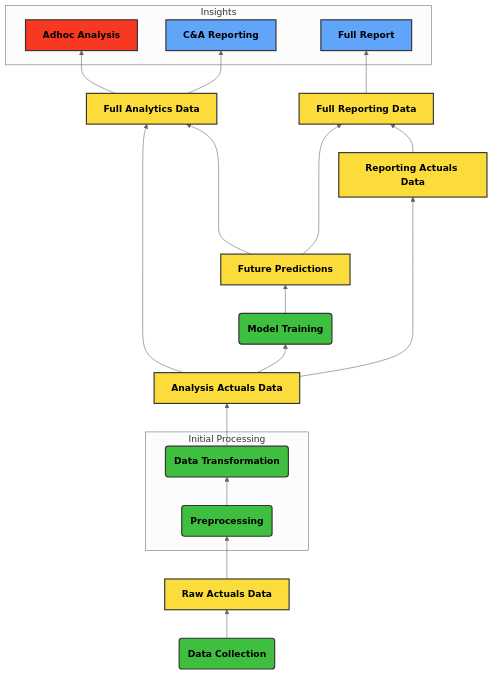
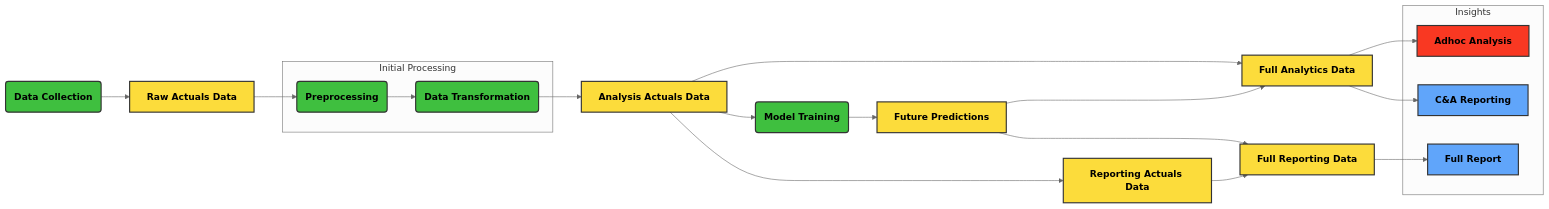
Before and after one commit to fredapires/fp-data-toolbox: the diagram in docs/diagrams/templates/mermaid_data_flow.md, drawn with Mermaid (neutral theme). The commit also changed 3 other files, not shown here.

````diff
--- a/docs/diagrams/templates/mermaid_data_flow.md
+++ b/docs/diagrams/templates/mermaid_data_flow.md
@@ -12,48 +12,48 @@
 ```mermaid
-graph BT;
+graph LR;
 %%%% Define Nodes
 subgraph insights [Insights]
     analyze_adhoc[Adhoc Analysis]:::analysis
     ca_reporting[C&A Reporting]:::reporting
     reporting_full[Full Report]:::reporting
 end
 
 analytics_data[Full Analytics Data]:::data_stored
 reporting_data[Full Reporting Data]:::data_stored
 reporting_actuals_data[Reporting Actuals Data]:::data_stored
 actuals_analysis[Analysis Actuals Data]:::data_stored
 prediction[Future Predictions]:::data_stored
 train(Model Training):::process
 
 subgraph initial_processing [Initial Processing]
     transform(Data Transformation):::process
     preprocess(Preprocessing):::process
 end
 actuals_raw[Raw Actuals Data]:::data_stored
 collect(Data Collection):::process
 
 %%%% Define connections
 actuals_analysis ----> reporting_actuals_data
 analytics_data --> ca_reporting
 analytics_data --> analyze_adhoc
 actuals_analysis ----> analytics_data
 reporting_data --> reporting_full
 prediction ----> reporting_data
 reporting_actuals_data --> reporting_data
 prediction ----> analytics_data
 train --> prediction
 actuals_analysis --> train
 transform --> actuals_analysis
 preprocess --> transform
 actuals_raw --> preprocess
 collect --> actuals_raw
 
 %%%% Define the styling for the diagram
 classDef default fill:#C2C2C2,stroke:#333,stroke-width:2px,color:black,font-weight:bold;
 %%%%
 classDef data_interim fill:#F97316,stroke:#333,stroke-width:2px,color:black;
 classDef data_stored fill:#FCDC3B,stroke:#333,stroke-width:2px,color:black;
 classDef process fill:#3FBF3F,stroke:#333,stroke-width:2px,color:black;
 classDef reporting fill:#60A5FA,stroke:#333,stroke-width:2px,color:black;
 classDef analysis fill:#F93822,stroke:#333,stroke-width:2px,color:black;
 ```
````
